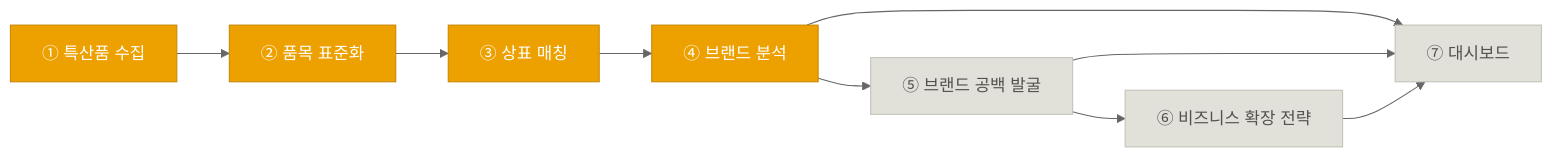
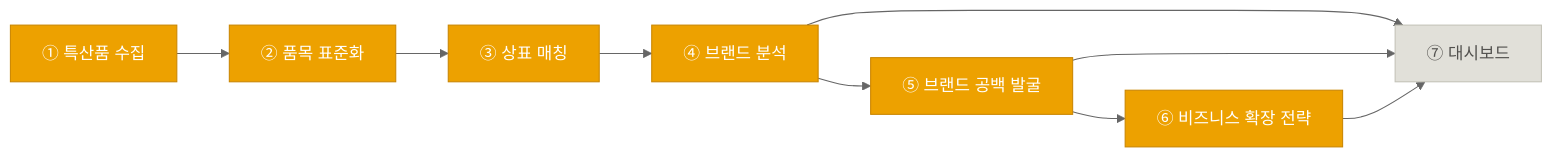
Before and after one commit to omelette-archive/KIIP: the diagram in README.md, drawn with Mermaid (neutral theme). The commit also changed other lines of this file and 18 other files, not shown here.

````diff
--- a/README.md
+++ b/README.md
@@ -9,22 +9,22 @@
 ```mermaid
 flowchart LR
     P1["① 특산품 수집"] --> P2["② 품목 표준화"]
     P2 --> P3["③ 상표 매칭"]
     P3 --> P4["④ 브랜드 분석"]
     P4 --> P5["⑤ 브랜드 공백 발굴"]
     P5 --> P6["⑥ 비즈니스 확장 전략"]
     P4 --> P7["⑦ 대시보드"]
     P5 --> P7
     P6 --> P7
 
     classDef done fill:#1baf7a,stroke:#199e70,color:#fff
     classDef partial fill:#eda100,stroke:#c98500,color:#fff
     classDef todo fill:#e1e0d9,stroke:#c3c2b7,color:#52514e
     class P1 partial
     class P2 partial
     class P3 partial
     class P4 partial
-    class P5 todo
-    class P6 todo
+    class P5 partial
+    class P6 partial
     class P7 todo
 ```
````
